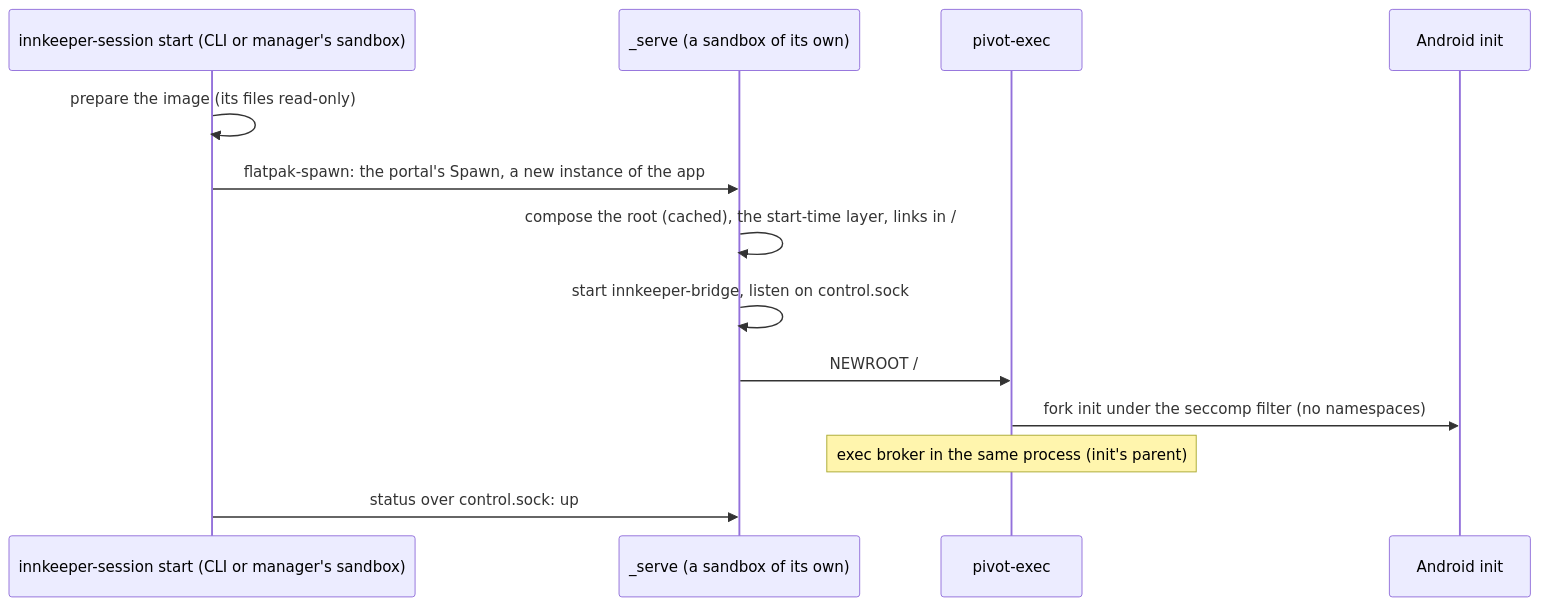
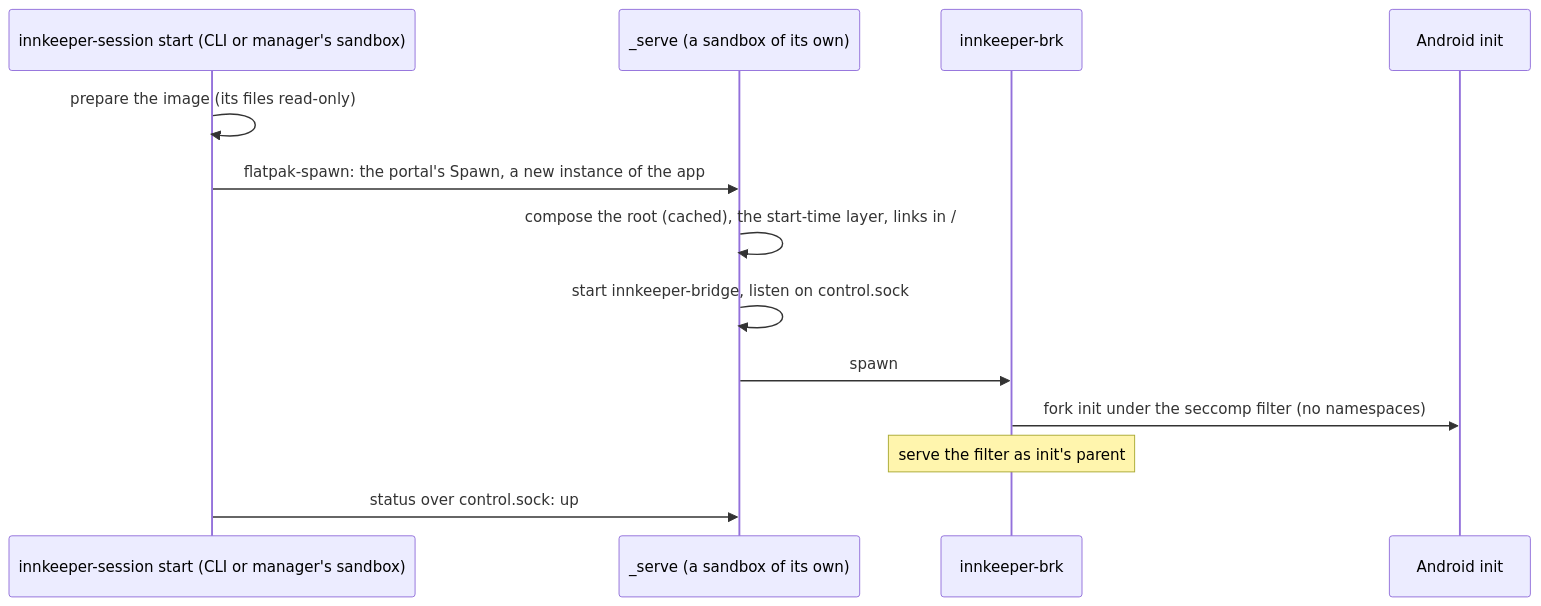
The first of 3 diagrams in docs/session.md (sargunv/innkeeper), drawn with Mermaid before and after one commit. The commit also changed 29 other files, not shown here.

First line of the commit message:
supervisor: fold pivot-exec into the broker

````diff
--- a/docs/session.md
+++ b/docs/session.md
@@ -19,15 +19,15 @@
 ```mermaid
 sequenceDiagram
   participant C as innkeeper-session start (CLI or manager's sandbox)
   participant S as _serve (a sandbox of its own)
-  participant P as pivot-exec
+  participant B as innkeeper-brk
   participant I as Android init
   C->>C: prepare the image (its files read-only)
   C->>S: flatpak-spawn: the portal's Spawn, a new instance of the app
   S->>S: compose the root (cached), the start-time layer, links in /
   S->>S: start innkeeper-bridge, listen on control.sock
-  S->>P: NEWROOT /
-  P->>I: fork init under the seccomp filter (no namespaces)
-  Note over P: exec broker in the same process (init's parent)
+  S->>B: spawn
+  B->>I: fork init under the seccomp filter (no namespaces)
+  Note over B: serve the filter as init's parent
   C->>S: status over control.sock: up
 ```
````
